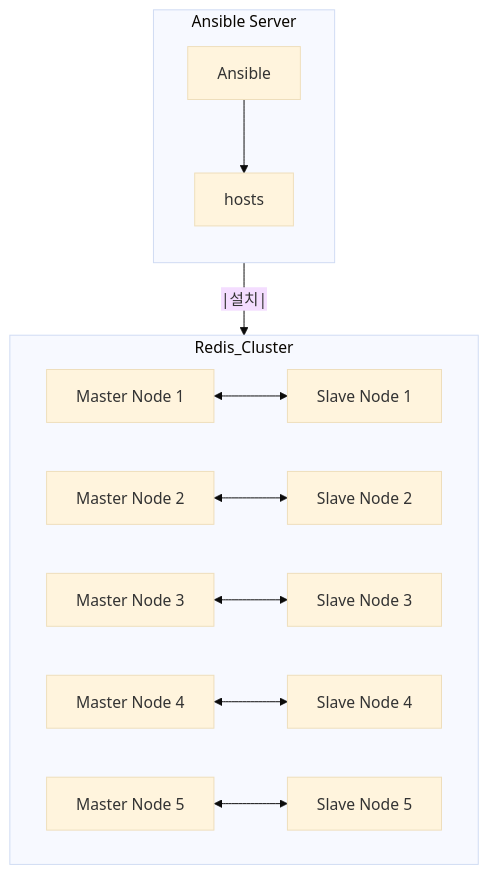
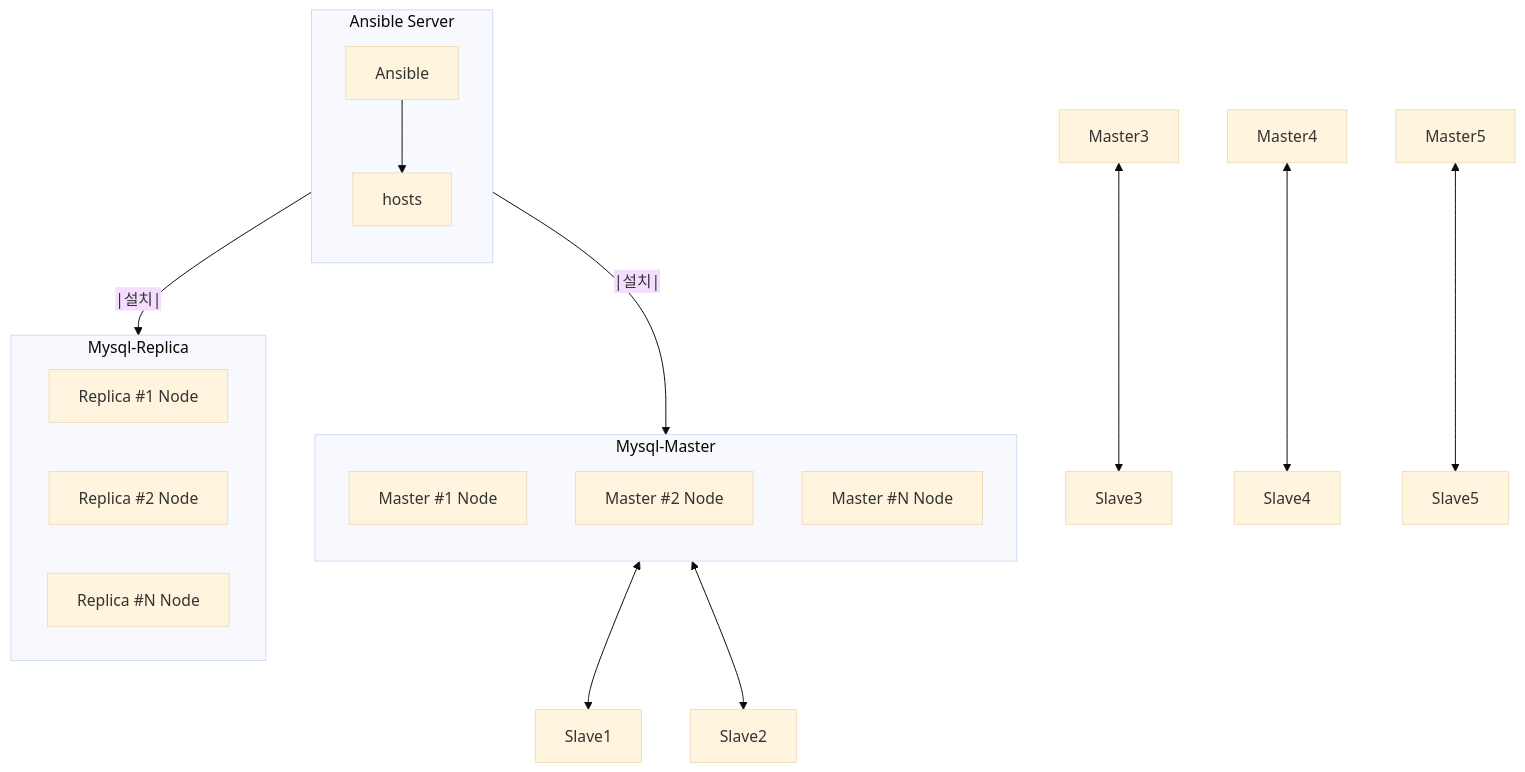
One commit to QubitSecurity/howto changed the diagram in rocky9/app/redis/ansible_install/readme.md. Above: the diagram before and after it, drawn with Mermaid (base theme).

````diff
--- a/rocky9/app/redis/ansible_install/readme.md
+++ b/rocky9/app/redis/ansible_install/readme.md
@@ -35,38 +35,40 @@
 ```mermaid
 graph TD
 
     %% Define layout direction and spacing
     %% style Ansible_Server fill:#f9f,stroke:#333,stroke-width:2px,height:200px;
     %% style Zookeeper fill:#cfc,stroke:#333,stroke-width:2px;
 
 
     %% Ansible Server Section
     subgraph Ansible_Server[Ansible Server]
         direction TB
         Ansible1[Ansible]
         hosts[hosts]
         
         Ansible1 --> hosts
     end
 
-    subgraph Redis_Cluster
-        Master1[Master Node 1]
-        Slave1[Slave Node 1]
-        Master2[Master Node 2]
-        Slave2[Slave Node 2]
-        Master3[Master Node 3]
-        Slave3[Slave Node 3]
-        Master4[Master Node 4]
-        Slave4[Slave Node 4]
-        Master5[Master Node 5]
-        Slave5[Slave Node 5]
+    subgraph Mysql-Master
+        direction TB
+        Master1[Master #1 Node]
+		Master2[Master #2 Node]
+		MasterN[Master #N Node]
+		
+	end
+	
+	subgraph Mysql-Replica
+        Replica1[Replica #1 Node]      
+        Replica2[Replica #2 Node]
+        ReplicaN[Replica #N Node]
     end
 
-    hosts --|설치|-->Redis_Cluster
+    hosts --|설치|-->Mysql-Master
+	hosts --|설치|-->Mysql-Replica
 
     Master1 <--> Slave1
     Master2 <--> Slave2
     Master3 <--> Slave3
     Master4 <--> Slave4
     Master5 <--> Slave5
 ```
````
